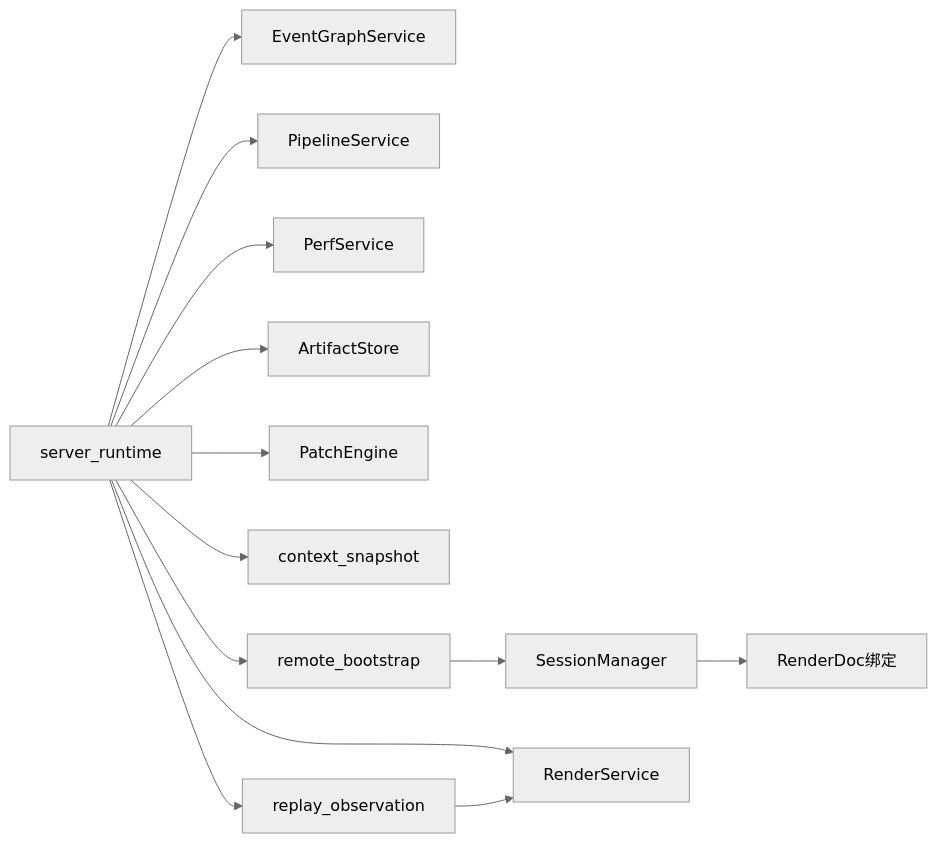
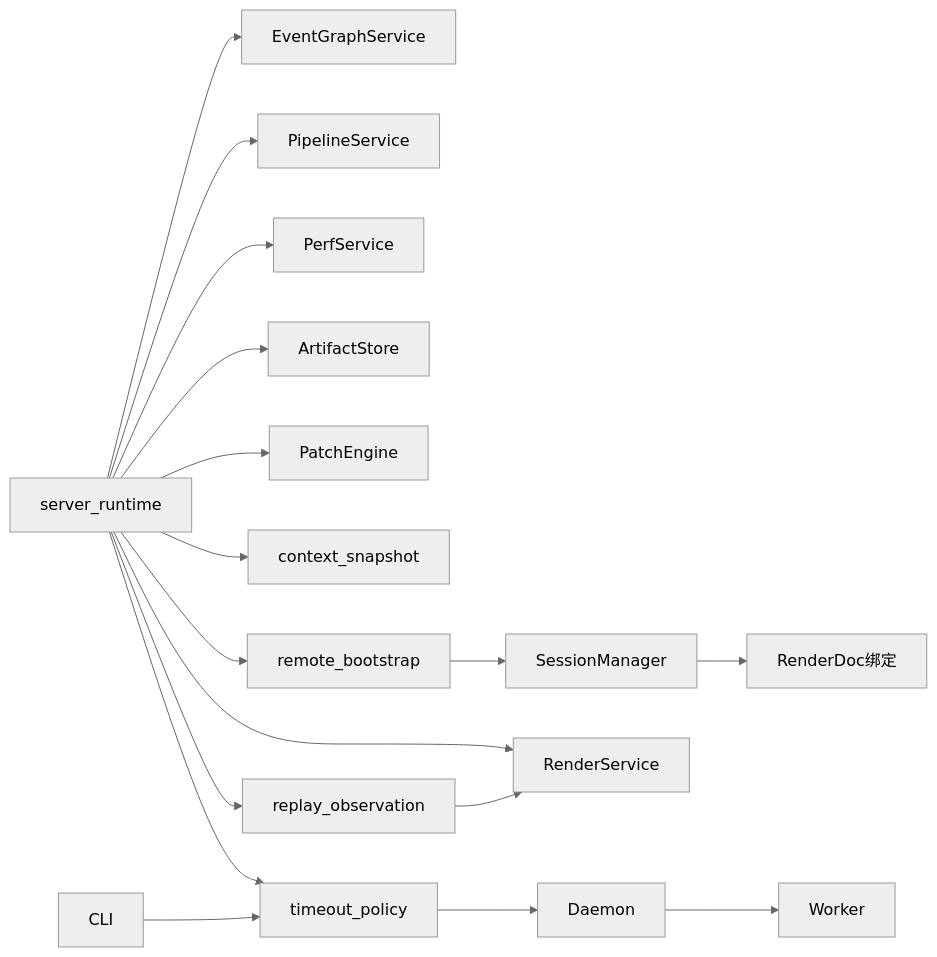
One commit to haolange/RDC-Tool changed the tenth of 10 diagrams in .qoder/repowiki/zh/content/核心概念/会话模型.md. Above: the diagram before and after it, drawn with Mermaid (neutral theme). The commit also changed other lines of this file and 56 other files, not shown here.

````diff
--- a/.qoder/repowiki/zh/content/核心概念/会话模型.md
+++ b/.qoder/repowiki/zh/content/核心概念/会话模型.md
@@ -335,15 +427,19 @@
 ```mermaid
 graph LR
 SM["SessionManager"] --> RD["RenderDoc绑定"]
 SR["server_runtime"] --> ES["EventGraphService"]
 SR --> RS["RenderService"]
 SR --> PS["PipelineService"]
 SR --> PF["PerfService"]
 SR --> AS["ArtifactStore"]
 SR --> PE["PatchEngine"]
 SR --> CS["context_snapshot"]
 SR --> RO["replay_observation"]
 SR --> RB["remote_bootstrap"]
+SR --> TP["timeout_policy"]
 RO --> RS
 RB --> SM
+CLI["CLI"] --> TP
+TP --> DAEMON["Daemon"]
+DAEMON --> WORKER["Worker"]
 ```
````
